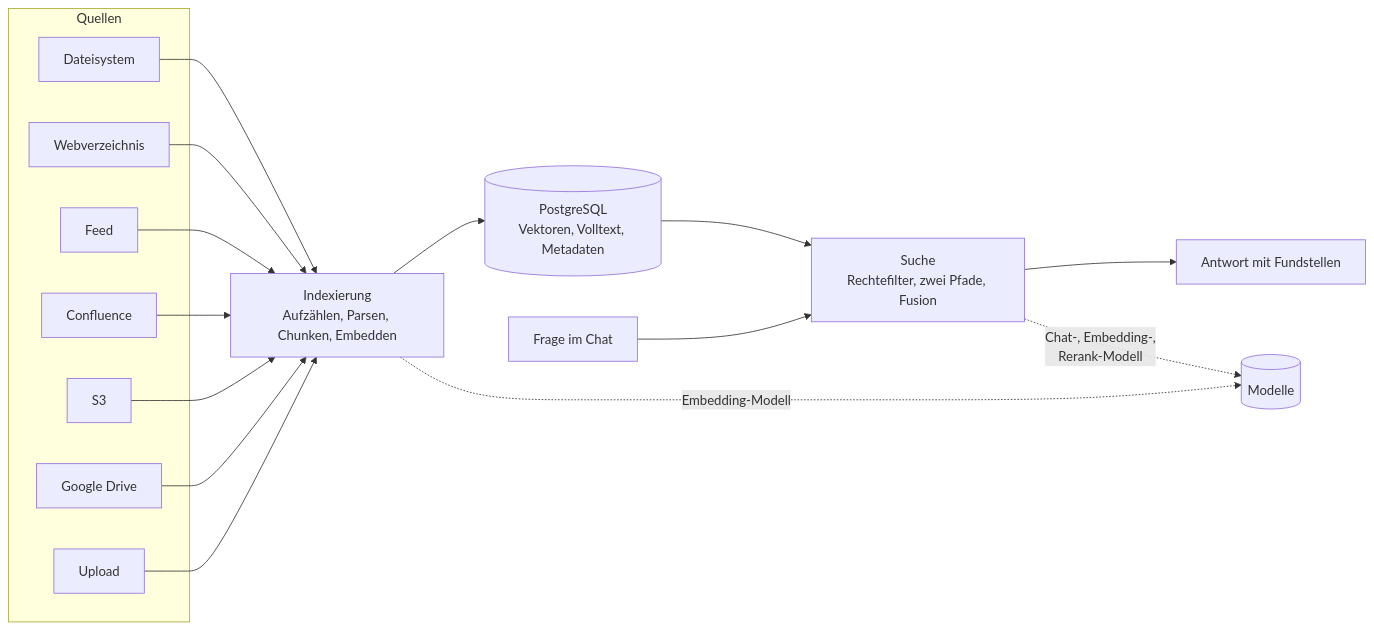
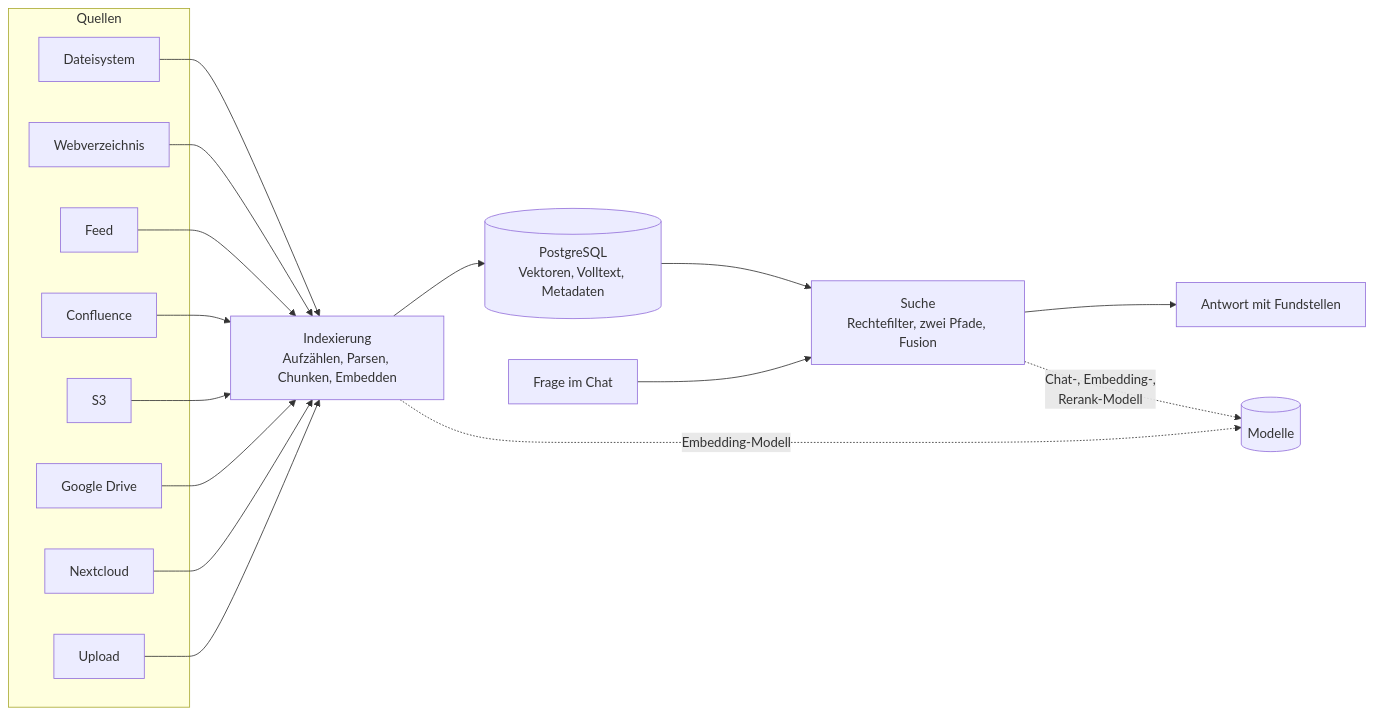
Before and after one commit to criew/opaa: the diagram in docs/handbuch/README.md, drawn with Mermaid. The commit also changed other lines of this file and 16 other files, not shown here.

````diff
--- a/docs/handbuch/README.md
+++ b/docs/handbuch/README.md
@@ -24,25 +24,27 @@
 ```mermaid
 flowchart LR
     subgraph Quellen
         Q1[Dateisystem]
         Q2[Webverzeichnis]
         Q3[Feed]
         Q4[Confluence]
         Q5[S3]
         Q7[Google Drive]
+        Q8[Nextcloud]
         Q6[Upload]
     end
     Q1 --> I[Indexierung<br/>Aufzählen, Parsen, Chunken, Embedden]
     Q2 --> I
     Q3 --> I
     Q4 --> I
     Q5 --> I
     Q7 --> I
+    Q8 --> I
     Q6 --> I
     I --> DB[(PostgreSQL<br/>Vektoren, Volltext, Metadaten)]
     DB --> S[Suche<br/>Rechtefilter, zwei Pfade, Fusion]
     F[Frage im Chat] --> S
     S --> A[Antwort mit Fundstellen]
     I -. Embedding-Modell .-> M[(Modelle)]
     S -. Chat-, Embedding-,<br/>Rerank-Modell .-> M
 ```
````
